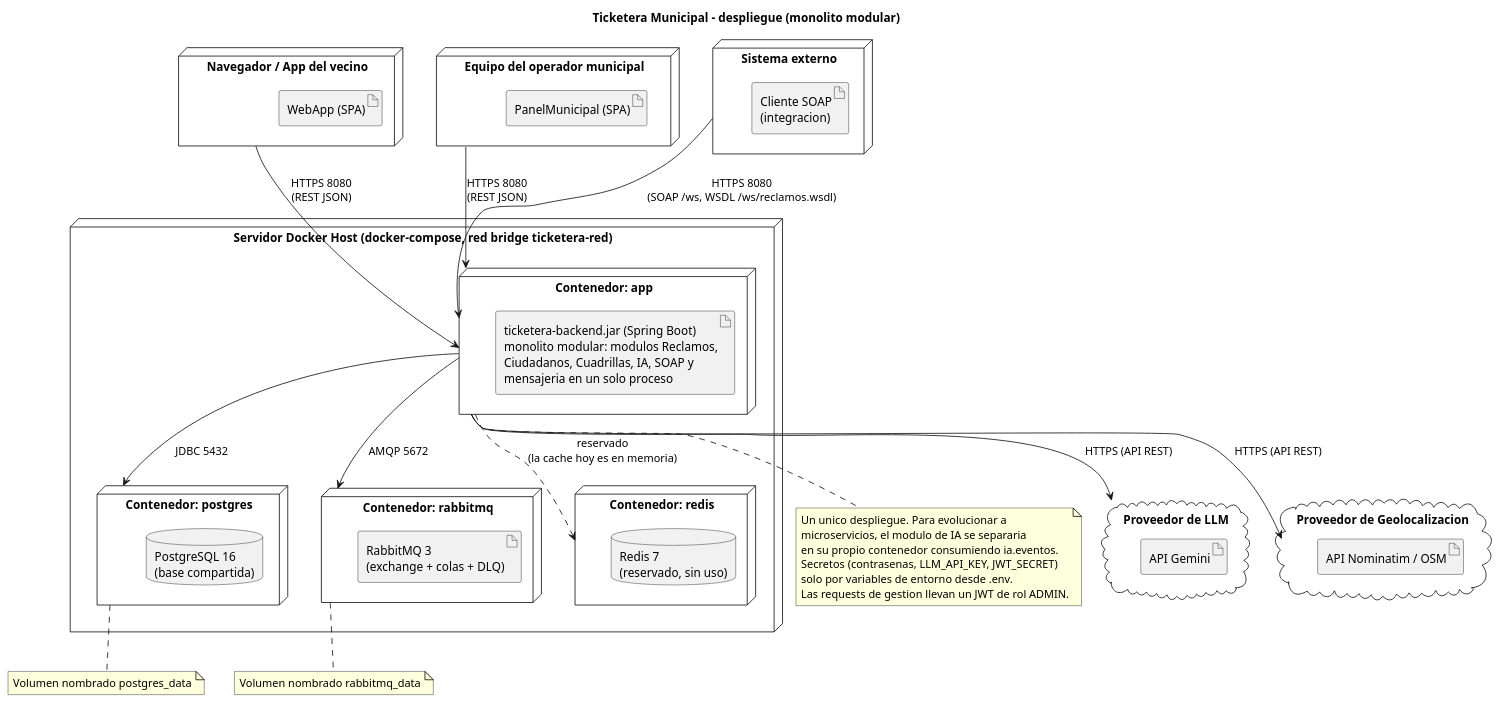
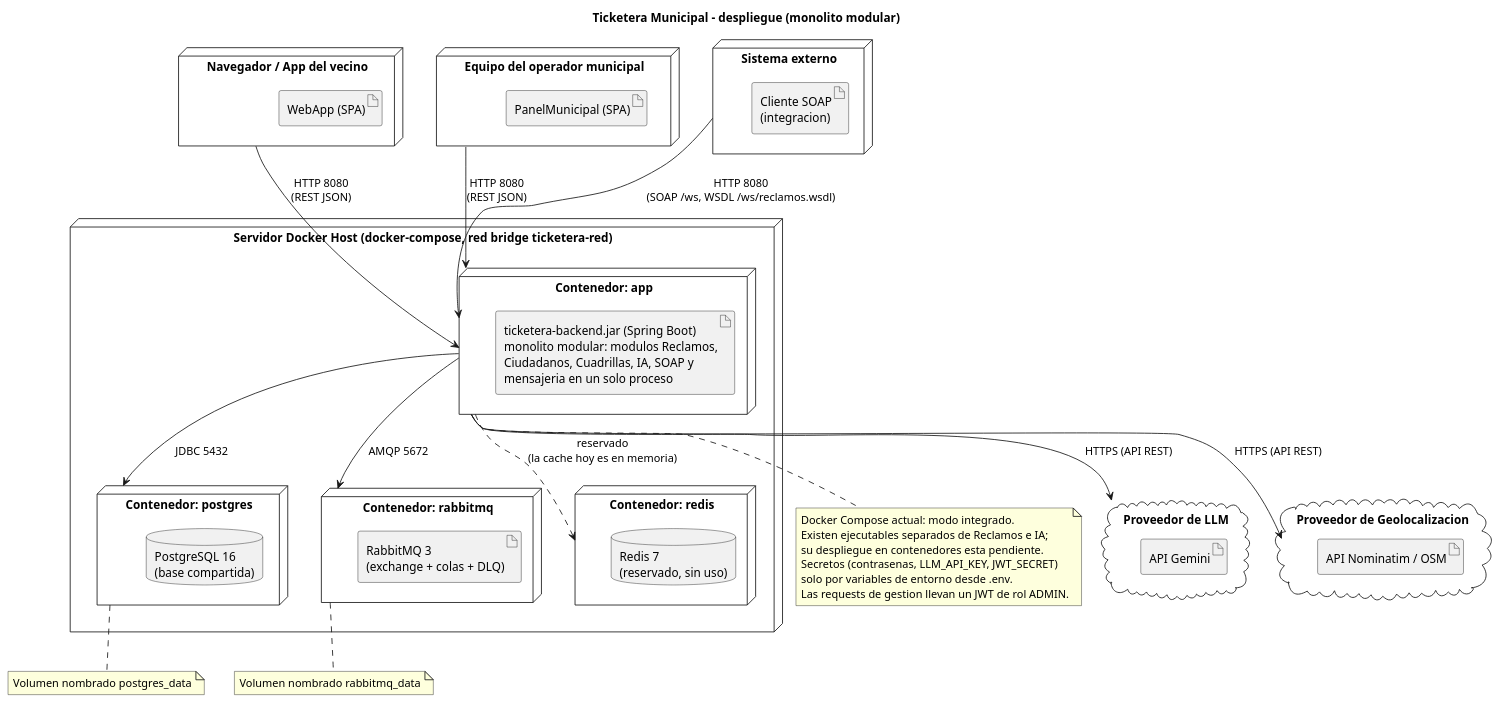
Before and after one commit to francolovera24/Backend-TicketeraMunicipal-DDA2: the diagram in docs/05_diagrama_despliegue.puml, drawn with PlantUML. The commit also changed 13 other files, not shown here.

```diff
--- a/docs/05_diagrama_despliegue.puml
+++ b/docs/05_diagrama_despliegue.puml
@@ -1,69 +1,69 @@
 @startuml
 title Ticketera Municipal - despliegue (monolito modular)
 
 node "Navegador / App del vecino" as ClienteVecino {
     artifact "WebApp (SPA)" as artWebApp
 }
 
 node "Equipo del operador municipal" as ClienteMunicipal {
     artifact "PanelMunicipal (SPA)" as artPanel
 }
 
 node "Sistema externo" as ClienteSoap {
     artifact "Cliente SOAP\n(integracion)" as artSoap
 }
 
 node "Servidor Docker Host (docker-compose, red bridge ticketera-red)" as DockerHost {
 
     node "Contenedor: app" as AppContainer {
         artifact "ticketera-backend.jar (Spring Boot)\nmonolito modular: modulos Reclamos,\nCiudadanos, Cuadrillas, IA, SOAP y\nmensajeria en un solo proceso" as artApp
     }
 
     node "Contenedor: postgres" as PgContainer {
         database "PostgreSQL 16\n(base compartida)" as artDB
     }
 
     node "Contenedor: rabbitmq" as MqContainer {
         artifact "RabbitMQ 3\n(exchange + colas + DLQ)" as artMq
     }
 
     node "Contenedor: redis" as RedisContainer {
         database "Redis 7\n(reservado, sin uso)" as artRedis
     }
 }
 
 cloud "Proveedor de LLM" as NodoLLM {
     artifact "API Gemini" as artLLM
 }
 
 cloud "Proveedor de Geolocalizacion" as NodoGeo {
     artifact "API Nominatim / OSM" as artGeo
 }
 
 note bottom of AppContainer
-  Un unico despliegue. Para evolucionar a
-  microservicios, el modulo de IA se separaria
-  en su propio contenedor consumiendo ia.eventos.
+  Docker Compose actual: modo integrado.
+  Existen ejecutables separados de Reclamos e IA;
+  su despliegue en contenedores esta pendiente.
   Secretos (contrasenas, LLM_API_KEY, JWT_SECRET)
   solo por variables de entorno desde .env.
   Las requests de gestion llevan un JWT de rol ADMIN.
 end note
 
 note bottom of PgContainer
   Volumen nombrado postgres_data
 end note
 
 note bottom of MqContainer
   Volumen nombrado rabbitmq_data
 end note
 
-ClienteVecino --> AppContainer : HTTPS 8080\n(REST JSON)
-ClienteMunicipal --> AppContainer : HTTPS 8080\n(REST JSON)
-ClienteSoap --> AppContainer : HTTPS 8080\n(SOAP /ws, WSDL /ws/reclamos.wsdl)
+ClienteVecino --> AppContainer : HTTP 8080\n(REST JSON)
+ClienteMunicipal --> AppContainer : HTTP 8080\n(REST JSON)
+ClienteSoap --> AppContainer : HTTP 8080\n(SOAP /ws, WSDL /ws/reclamos.wsdl)
 
 AppContainer --> PgContainer : JDBC 5432
 AppContainer --> MqContainer : AMQP 5672
 AppContainer ..> RedisContainer : reservado\n(la cache hoy es en memoria)
 AppContainer --> NodoLLM : HTTPS (API REST)
 AppContainer --> NodoGeo : HTTPS (API REST)
 @enduml
```
